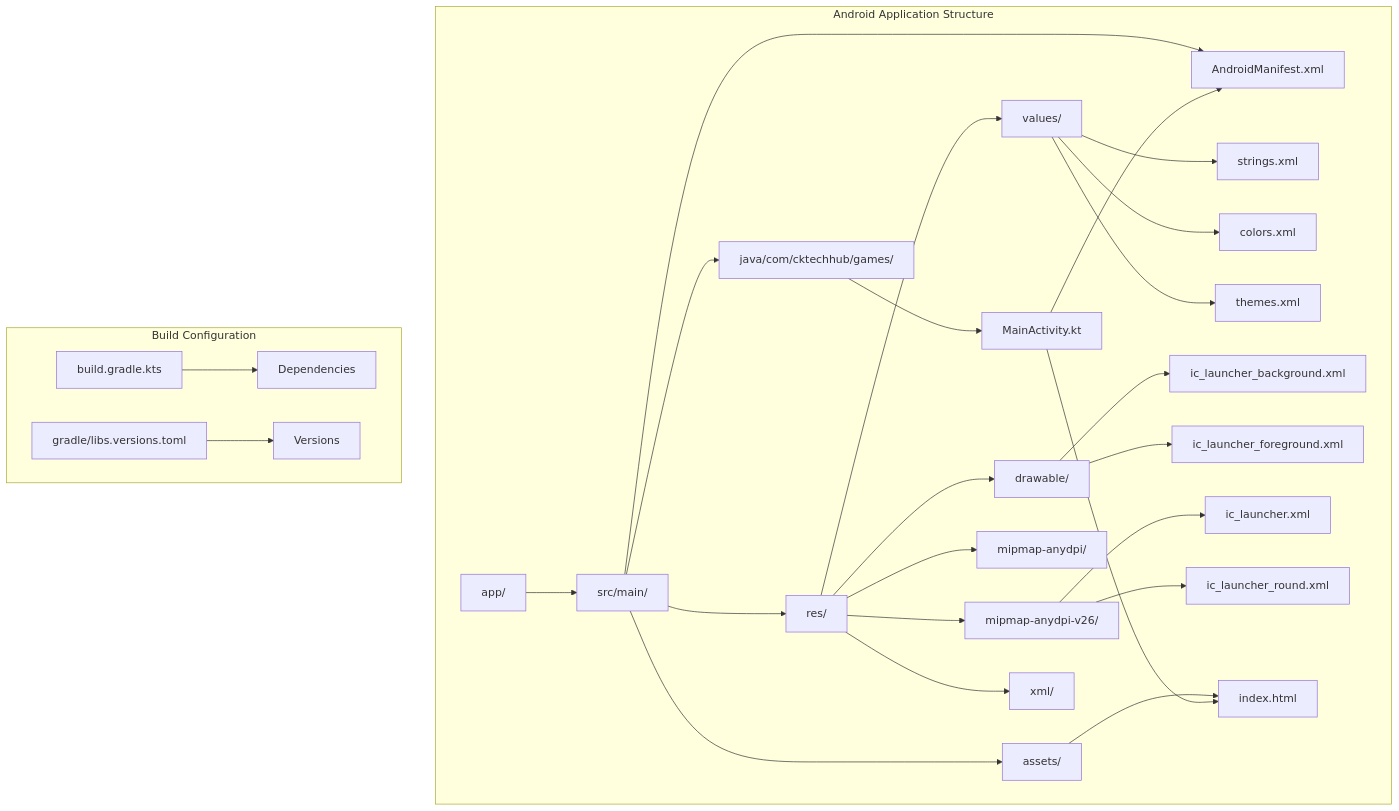
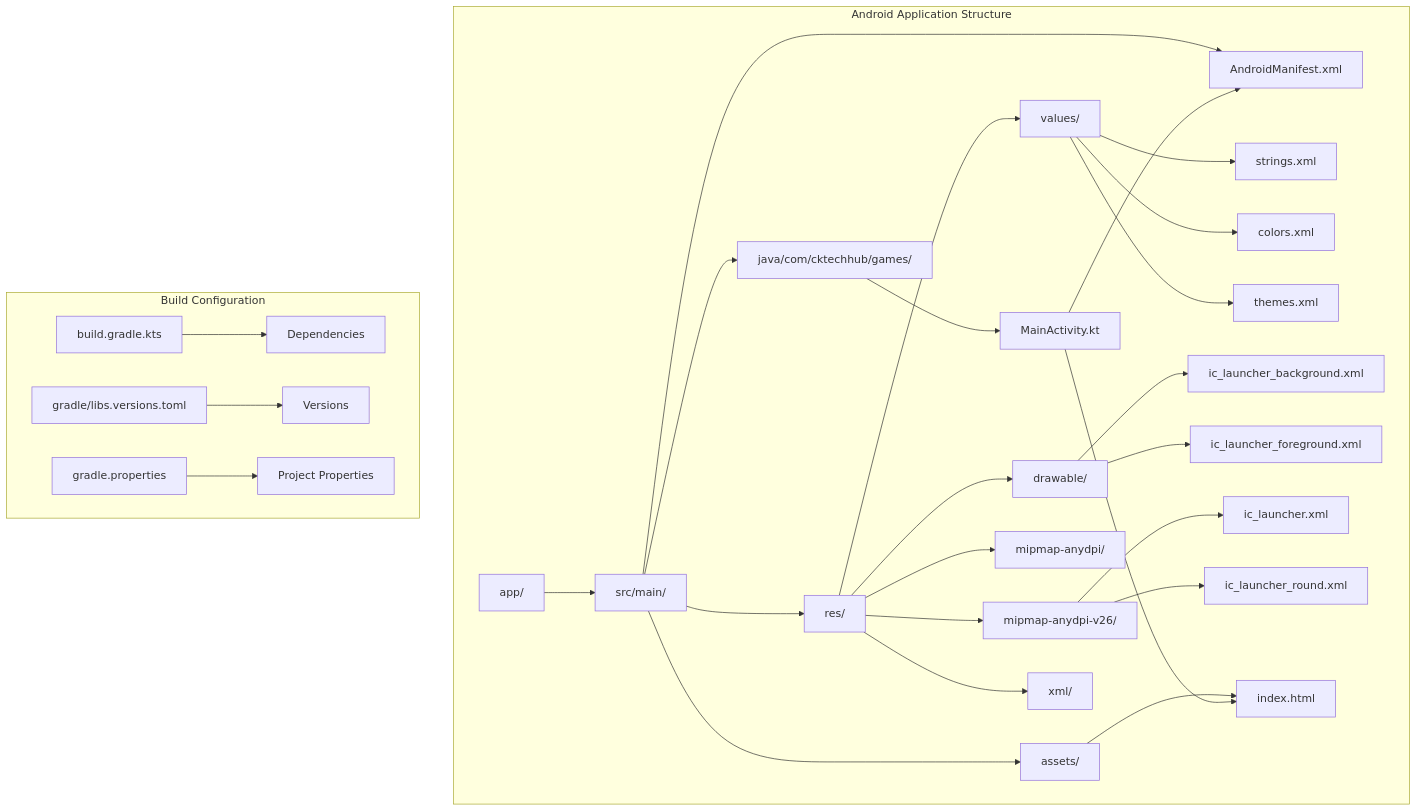
The first of 7 diagrams in .qoder/repowiki/en/content/Native Android Components/Native Android Components.md (chetanck03/games), drawn with Mermaid before and after one commit. The commit also changed other lines of this file and 3 other files, not shown here.

````diff
--- a/.qoder/repowiki/en/content/Native Android Components/Native Android Components.md
+++ b/.qoder/repowiki/en/content/Native Android Components/Native Android Components.md
@@ -50,30 +51,31 @@
 ```mermaid
 graph TB
 subgraph "Android Application Structure"
 A[app/] --> B[src/main/]
 B --> C[java/com/cktechhub/games/]
 B --> D[res/]
 B --> E[assets/]
 B --> F[AndroidManifest.xml]
 C --> G[MainActivity.kt]
 D --> H[values/]
 D --> I[drawable/]
 D --> J[mipmap-anydpi/]
 D --> K[mipmap-anydpi-v26/]
 D --> L[xml/]
 H --> M[strings.xml]
 H --> N[colors.xml]
 H --> O[themes.xml]
 I --> P[ic_launcher_background.xml]
 I --> Q[ic_launcher_foreground.xml]
 K --> R[ic_launcher.xml]
 K --> S[ic_launcher_round.xml]
 E --> T[index.html]
 end
 subgraph "Build Configuration"
 U[build.gradle.kts] --> V[Dependencies]
 W[gradle/libs.versions.toml] --> X[Versions]
+Y[gradle.properties] --> Z[Project Properties]
 end
 G --> T
 G --> F
 ```
````
